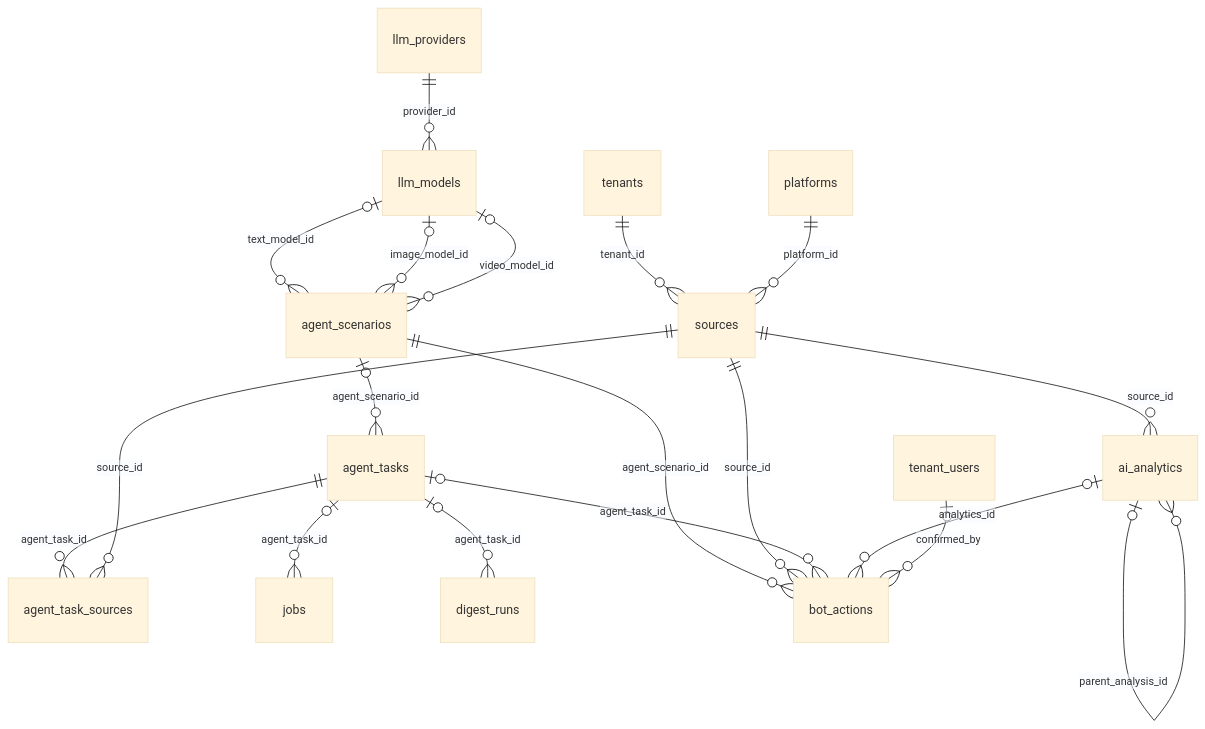
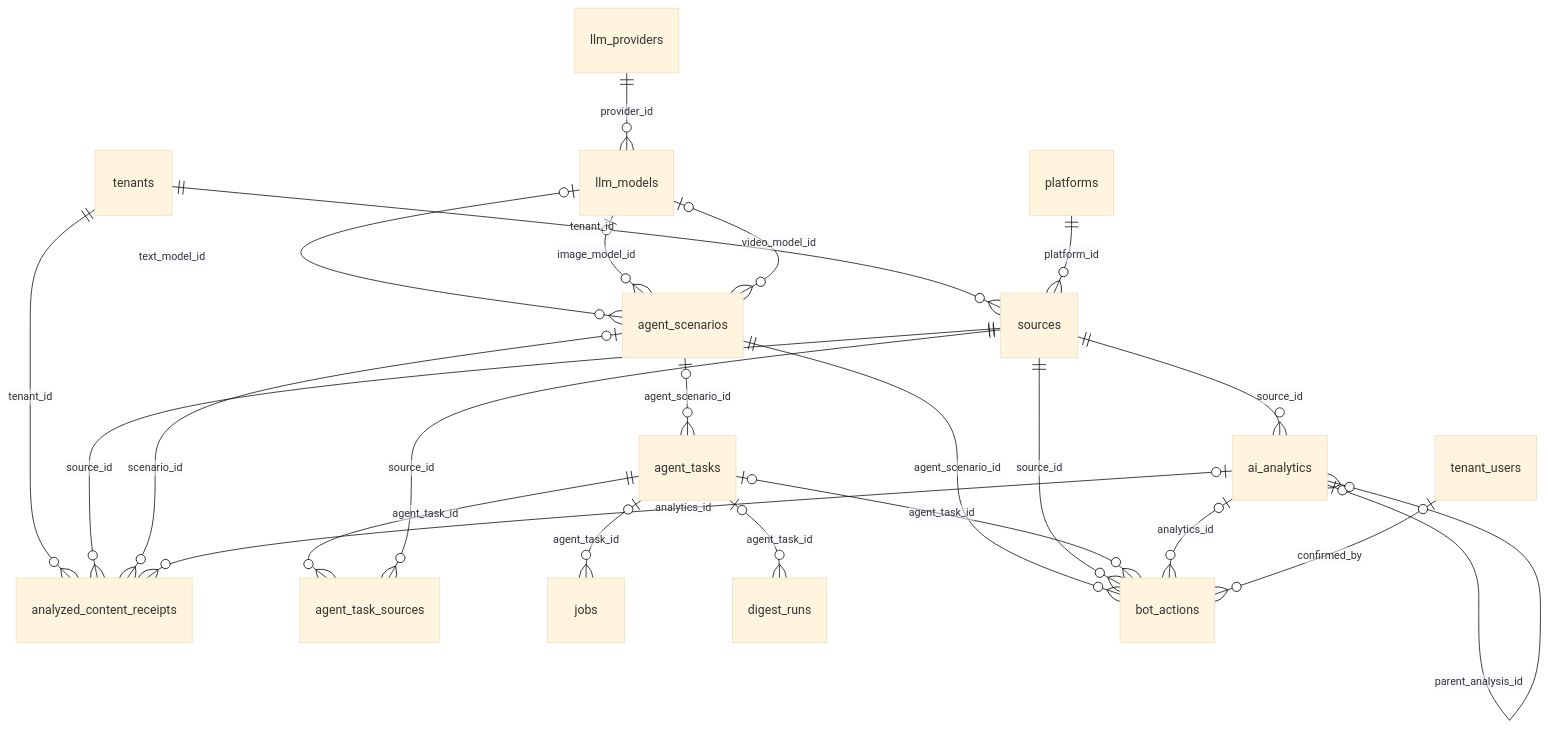
The second of 4 diagrams in docs/MODELS.md (Starck43/social-media-ai), drawn with Mermaid (base theme) before and after one commit. The commit also changed other lines of this file, not shown here.

Commit message:
docs(models): document durable analysis receipts

````diff
--- a/docs/MODELS.md
+++ b/docs/MODELS.md
@@ -411,21 +438,25 @@
 ```mermaid
 erDiagram
     tenants ||--o{ sources : tenant_id
     platforms ||--o{ sources : platform_id
     sources ||--o{ ai_analytics : source_id
     ai_analytics o|--o{ ai_analytics : parent_analysis_id
+    tenants ||--o{ analyzed_content_receipts : tenant_id
+    sources ||--o{ analyzed_content_receipts : source_id
+    agent_scenarios o|--o{ analyzed_content_receipts : scenario_id
+    ai_analytics o|--o{ analyzed_content_receipts : analytics_id
     llm_providers ||--o{ llm_models : provider_id
     llm_models o|--o{ agent_scenarios : text_model_id
     llm_models o|--o{ agent_scenarios : image_model_id
     llm_models o|--o{ agent_scenarios : video_model_id
     agent_scenarios o|--o{ agent_tasks : agent_scenario_id
     agent_tasks ||--o{ agent_task_sources : agent_task_id
     sources ||--o{ agent_task_sources : source_id
     agent_tasks o|--o{ jobs : agent_task_id
     agent_tasks o|--o{ digest_runs : agent_task_id
     agent_scenarios ||--o{ bot_actions : agent_scenario_id
     sources ||--o{ bot_actions : source_id
     agent_tasks o|--o{ bot_actions : agent_task_id
     ai_analytics o|--o{ bot_actions : analytics_id
     tenant_users o|--o{ bot_actions : confirmed_by
 ```
````
